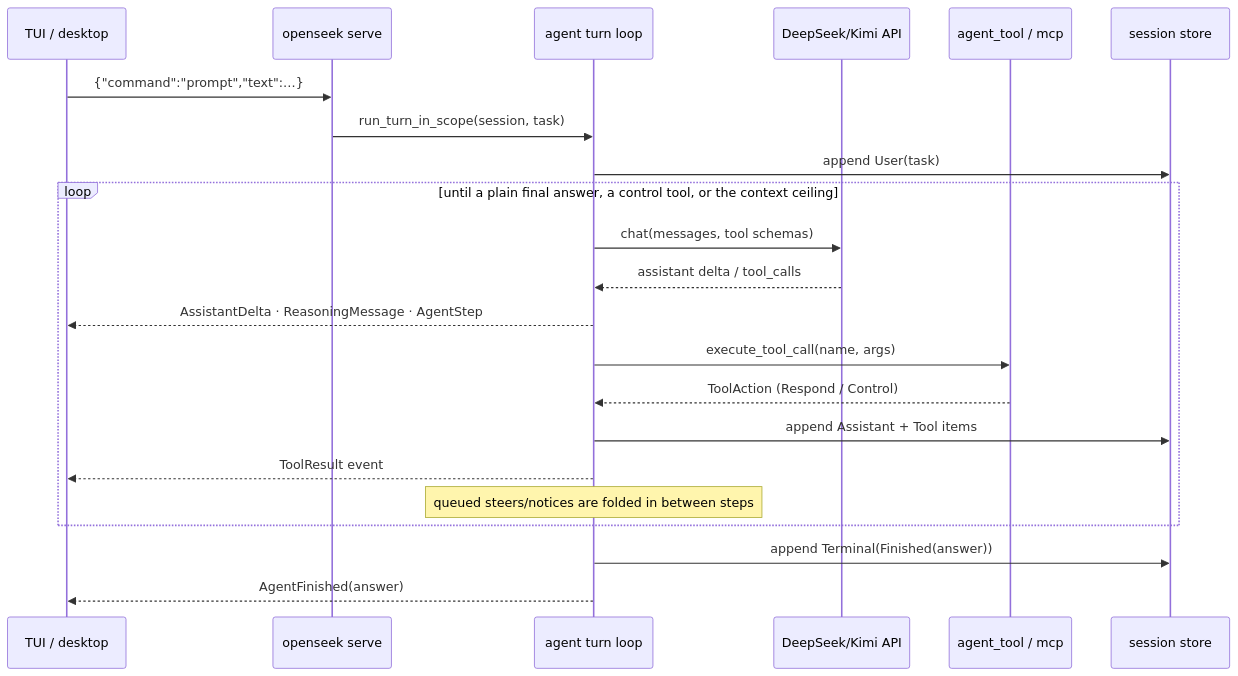
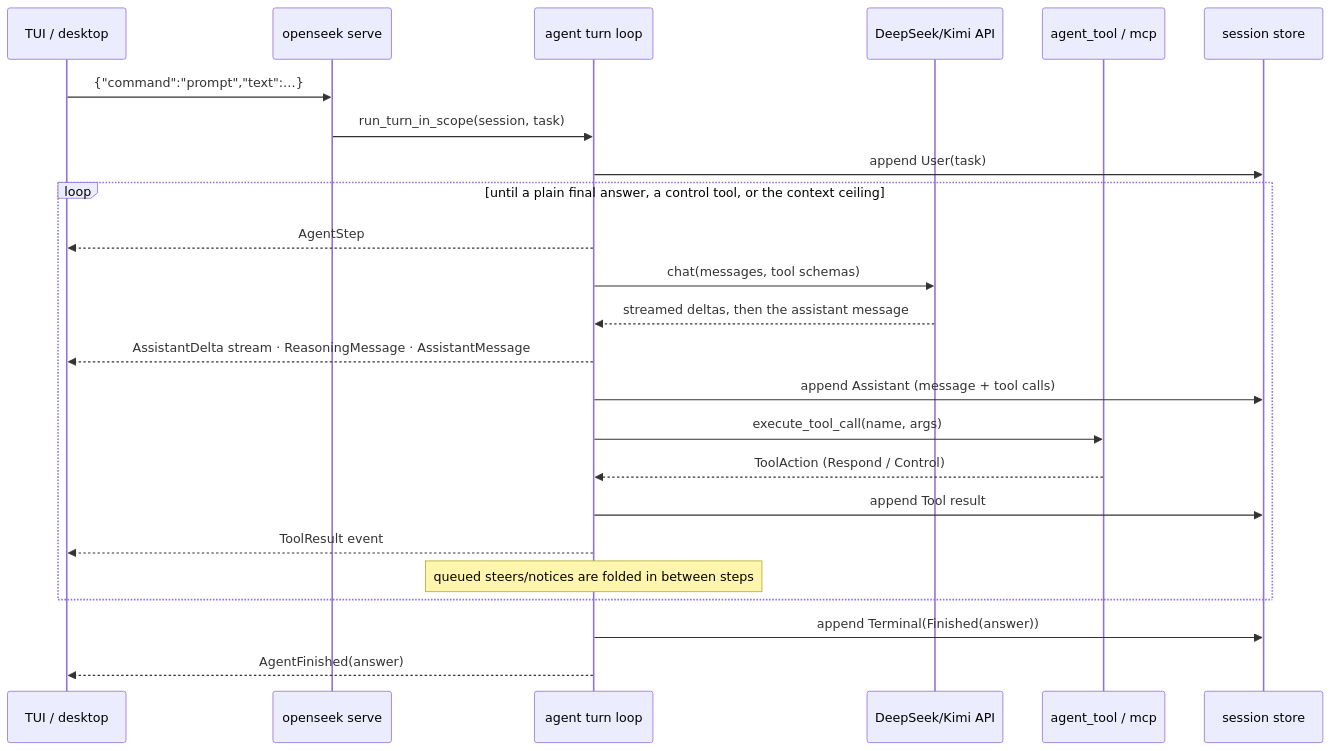
Before and after one commit to 0717lee/openseek: the third of 3 diagrams in docs/architecture.md, drawn with Mermaid. The commit also changed other lines of this file and 1 other file, not shown here.

````diff
--- a/docs/architecture.md
+++ b/docs/architecture.md
@@ -155,25 +155,27 @@
 ```mermaid
 sequenceDiagram
   participant UI as TUI / desktop
   participant Serve as openseek serve
   participant Turn as agent turn loop
   participant DS as DeepSeek/Kimi API
   participant Tool as agent_tool / mcp
   participant Store as session store
 
   UI->>Serve: {"command":"prompt","text":…}
   Serve->>Turn: run_turn_in_scope(session, task)
   Turn->>Store: append User(task)
   loop until a plain final answer, a control tool, or the context ceiling
+    Turn-->>UI: AgentStep
     Turn->>DS: chat(messages, tool schemas)
-    DS-->>Turn: assistant delta / tool_calls
-    Turn-->>UI: AssistantDelta · ReasoningMessage · AgentStep
+    DS-->>Turn: streamed deltas, then the assistant message
+    Turn-->>UI: AssistantDelta stream · ReasoningMessage · AssistantMessage
+    Turn->>Store: append Assistant (message + tool calls)
     Turn->>Tool: execute_tool_call(name, args)
     Tool-->>Turn: ToolAction (Respond / Control)
-    Turn->>Store: append Assistant + Tool items
+    Turn->>Store: append Tool result
     Turn-->>UI: ToolResult event
     Note over Turn: queued steers/notices are folded in between steps
   end
   Turn->>Store: append Terminal(Finished(answer))
   Turn-->>UI: AgentFinished(answer)
 ```
````
